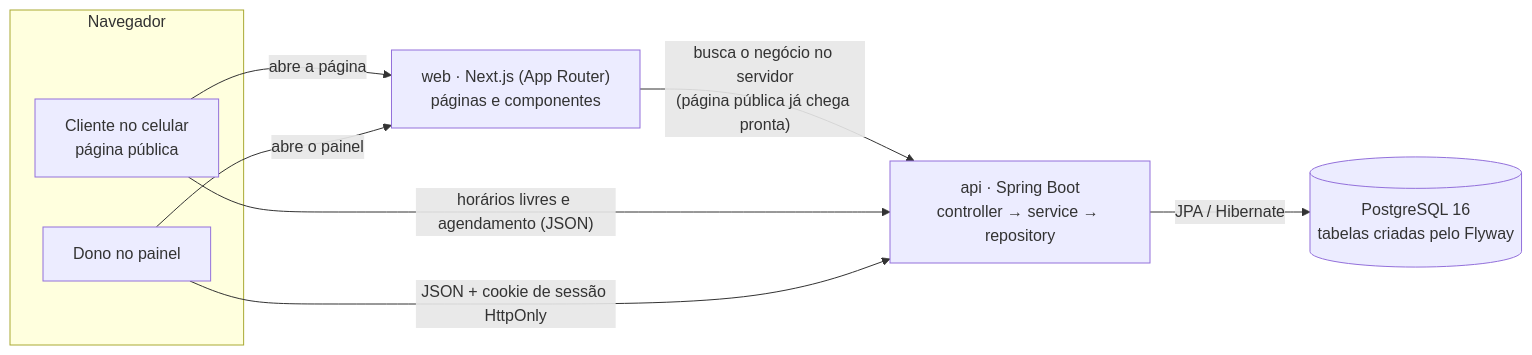
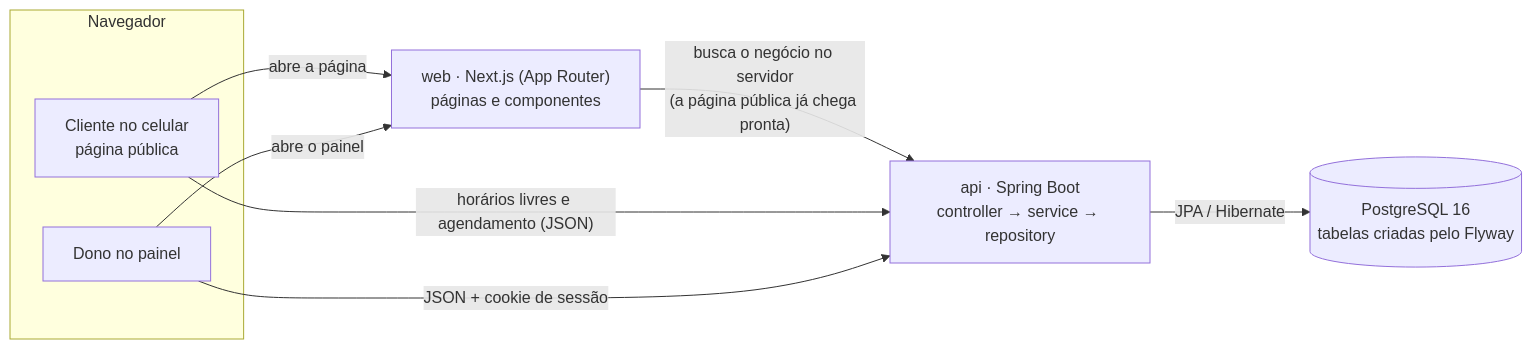
The first of 3 diagrams in agenda-facil/README.md (Amor-im/Beatriz), drawn with Mermaid before and after one commit. The commit also changed other lines of this file and 11 other files, not shown here.

````diff
--- a/agenda-facil/README.md
+++ b/agenda-facil/README.md
@@ -56,17 +82,17 @@
 ```mermaid
 flowchart LR
     subgraph navegador["Navegador"]
         cliente["Cliente no celular<br/>página pública"]
         dono["Dono no painel"]
     end
     web["web · Next.js (App Router)<br/>páginas e componentes"]
     api["api · Spring Boot<br/>controller → service → repository"]
     banco[("PostgreSQL 16<br/>tabelas criadas pelo Flyway")]
 
     cliente -- "abre a página" --> web
     dono -- "abre o painel" --> web
-    web -- "busca o negócio no servidor<br/>(página pública já chega pronta)" --> api
+    web -- "busca o negócio no servidor<br/>(a página pública já chega pronta)" --> api
     cliente -- "horários livres e agendamento (JSON)" --> api
-    dono -- "JSON + cookie de sessão HttpOnly" --> api
+    dono -- "JSON + cookie de sessão" --> api
     api -- "JPA / Hibernate" --> banco
 ```
````
